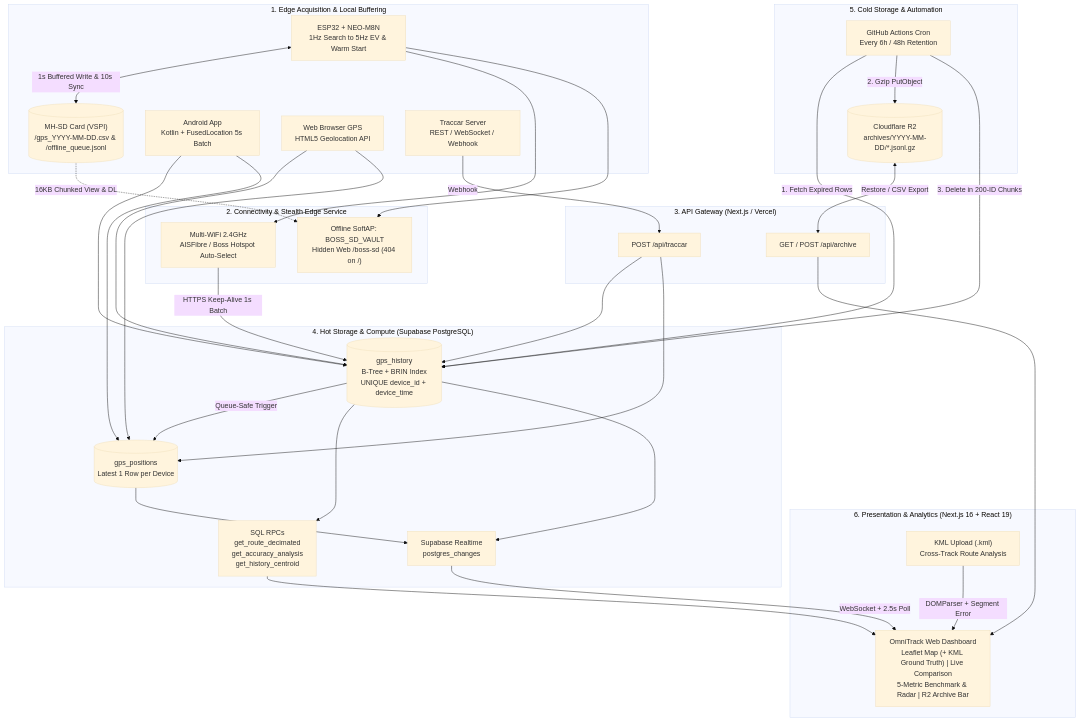
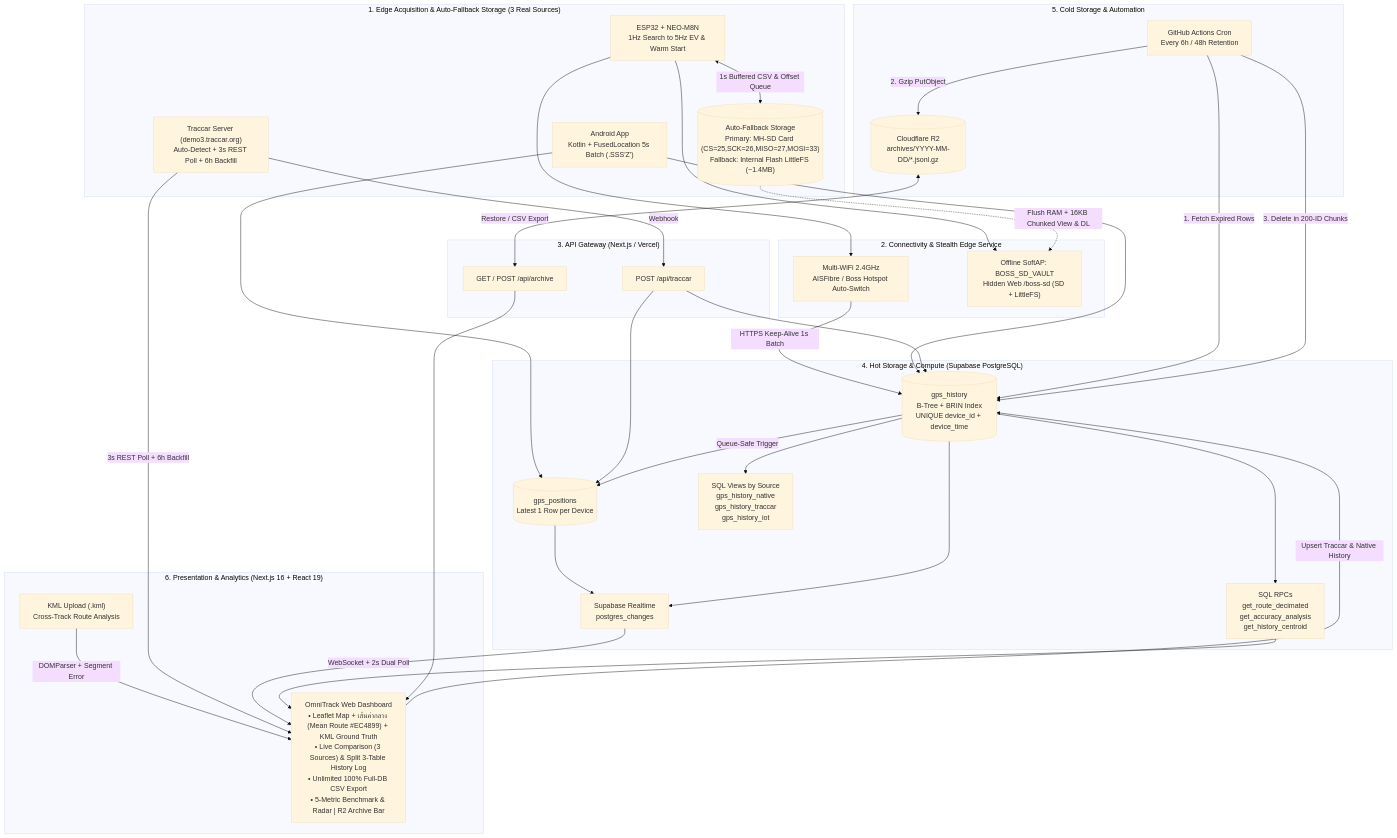
One commit to bossporrawat-project/Final-Project changed the first of 2 diagrams in ARCHITECTURE_STACK.md. Above: the diagram before and after it, drawn with Mermaid (base theme). The commit also changed other lines of this file and 1 other file, not shown here.

Commit message:
docs: update README.md and ARCHITECTURE_STACK.md with Mean Route, LittleFS Auto-Fallback, Split 3-Table History Log, and Full-DB Export

````diff
--- a/ARCHITECTURE_STACK.md
+++ b/ARCHITECTURE_STACK.md
@@ -86,62 +94,63 @@
 ```mermaid
 flowchart TB
-    subgraph L1["1. Edge Acquisition & Local Buffering"]
+    subgraph L1["1. Edge Acquisition & Auto-Fallback Storage (3 Real Sources)"]
         ESP["ESP32 + NEO-M8N\n1Hz Search to 5Hz EV & Warm Start"]
-        SD[("MH-SD Card (VSPI)\n/gps_YYYY-MM-DD.csv & /offline_queue.jsonl")]
-        AND["Android App\nKotlin + FusedLocation 5s Batch"]
-        BRW["Web Browser GPS\nHTML5 Geolocation API"]
-        TRC["Traccar Server\nREST / WebSocket / Webhook"]
-        ESP <-->|"1s Buffered Write & 10s Sync"| SD
+        STORE[("Auto-Fallback Storage\nPrimary: MH-SD Card (CS=25,SCK=26,MISO=27,MOSI=33)\nFallback: Internal Flash LittleFS (~1.4MB)")]
+        AND["Android App\nKotlin + FusedLocation 5s Batch (.SSS'Z')"]
+        TRC["Traccar Server (demo3.traccar.org)\nAuto-Detect + 3s REST Poll + 6h Backfill"]
+        ESP <-->|"1s Buffered CSV & Offset Queue"| STORE
     end
 
     subgraph L2["2. Connectivity & Stealth Edge Service"]
-        WIFI["Multi-WiFi 2.4GHz\nAISFibre / Boss Hotspot Auto-Select"]
-        AP["Offline SoftAP: BOSS_SD_VAULT\nHidden Web /boss-sd (404 on /)"]
+        WIFI["Multi-WiFi 2.4GHz\nAISFibre / Boss Hotspot Auto-Switch"]
+        AP["Offline SoftAP: BOSS_SD_VAULT\nHidden Web /boss-sd (SD + LittleFS)"]
         ESP --> WIFI
         ESP --> AP
-        SD -.->|"16KB Chunked View & DL"| AP
+        STORE -.->|"Flush RAM + 16KB Chunked View & DL"| AP
     end
 
     subgraph L3["3. API Gateway (Next.js / Vercel)"]
         APIT["POST /api/traccar"]
         APIA["GET / POST /api/archive"]
         TRC -->|"Webhook"| APIT
     end
 
     subgraph L4["4. Hot Storage & Compute (Supabase PostgreSQL)"]
         HIST[("gps_history\nB-Tree + BRIN Index\nUNIQUE device_id + device_time")]
         POS[("gps_positions\nLatest 1 Row per Device")]
+        VIEWS["SQL Views by Source\ngps_history_native\ngps_history_traccar\ngps_history_iot"]
         RPC["SQL RPCs\nget_route_decimated\nget_accuracy_analysis\nget_history_centroid"]
         RT["Supabase Realtime\npostgres_changes"]
 
         WIFI -->|"HTTPS Keep-Alive 1s Batch"| HIST
         AND --> HIST
         AND --> POS
-        BRW --> HIST
-        BRW --> POS
         APIT --> HIST
         APIT --> POS
         HIST -->|"Queue-Safe Trigger"| POS
+        HIST --> VIEWS
         HIST --> RPC
         POS --> RT
         HIST --> RT
     end
 
     subgraph L5["5. Cold Storage & Automation"]
         CRON["GitHub Actions Cron\nEvery 6h / 48h Retention"]
         R2[("Cloudflare R2\narchives/YYYY-MM-DD/*.jsonl.gz")]
         CRON -->|"1. Fetch Expired Rows"| HIST
         CRON -->|"2. Gzip PutObject"| R2
         CRON -->|"3. Delete in 200-ID Chunks"| HIST
         R2 <-->|"Restore / CSV Export"| APIA
     end
 
     subgraph L6["6. Presentation & Analytics (Next.js 16 + React 19)"]
-        UI["OmniTrack Web Dashboard\nLeaflet Map (+ KML Ground Truth) | Live Comparison\n5-Metric Benchmark & Radar | R2 Archive Bar"]
+        UI["OmniTrack Web Dashboard\n• Leaflet Map + เส้นค่ากลาง (Mean Route #EC4899) + KML Ground Truth\n• Live Comparison (3 Sources) & Split 3-Table History Log\n• Unlimited 100% Full-DB CSV Export\n• 5-Metric Benchmark & Radar | R2 Archive Bar"]
         KML["KML Upload (.kml)\nCross-Track Route Analysis"]
         KML -->|"DOMParser + Segment Error"| UI
-        RT -->|"WebSocket + 2.5s Poll"| UI
+        TRC -->|"3s REST Poll + 6h Backfill"| UI
+        UI -->|"Upsert Traccar & Native History"| HIST
+        RT -->|"WebSocket + 2s Dual Poll"| UI
         RPC --> UI
         APIA --> UI
     end
 ```
````
